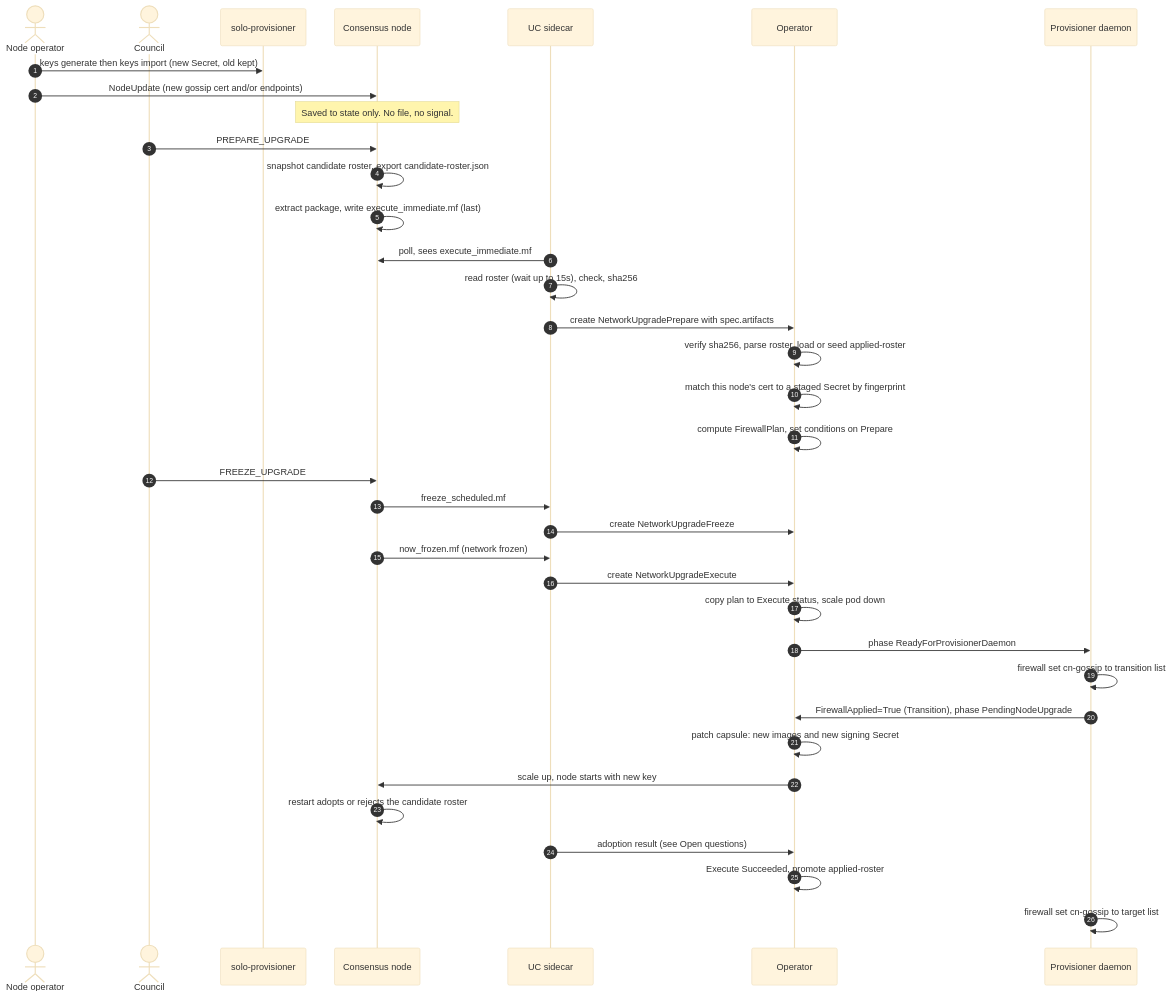
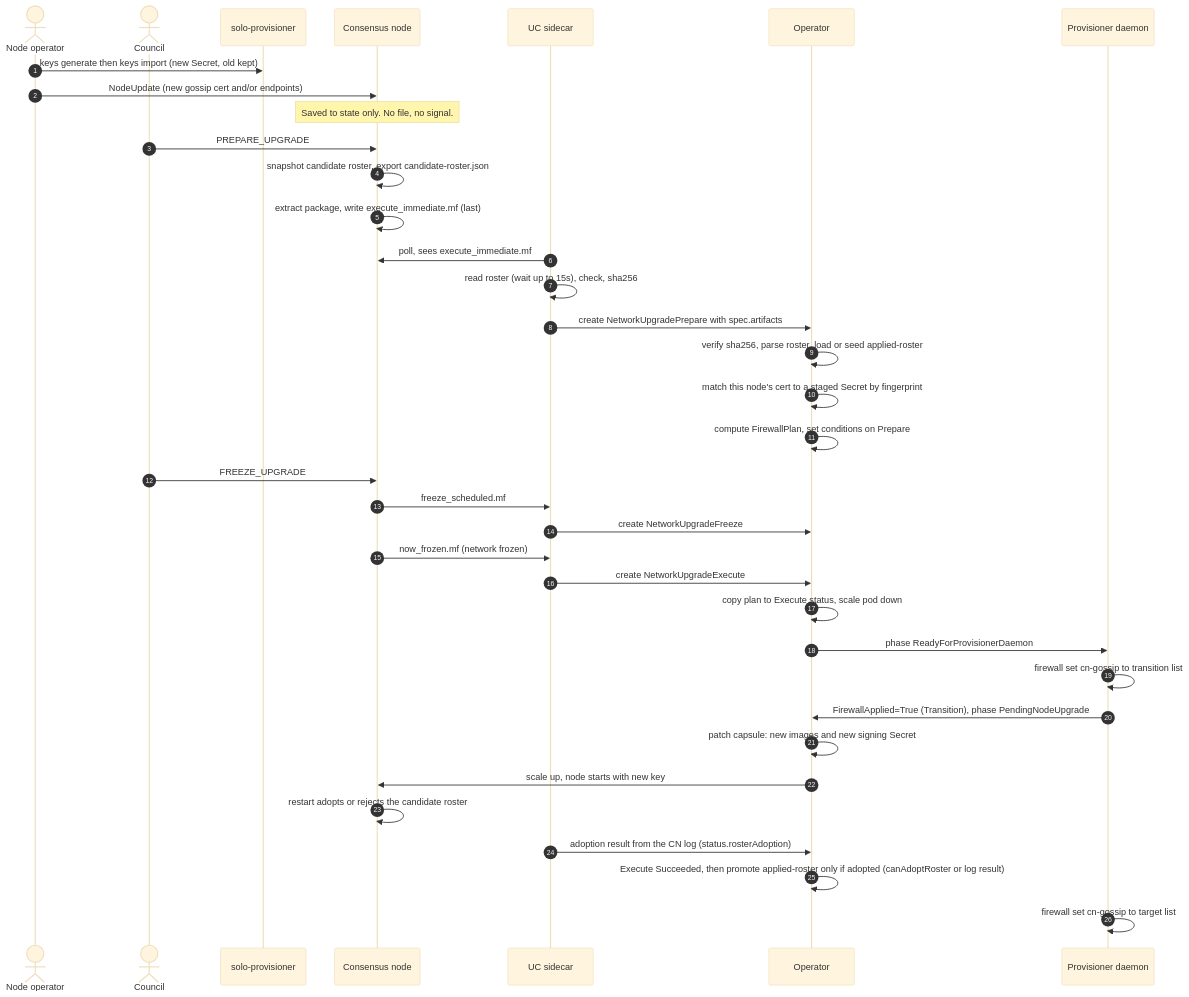
One commit to hashgraph/solo-operator changed the first of 2 diagrams in docs/design/dab-key-rotation-and-firewall.md. Above: the diagram before and after it, drawn with Mermaid (base theme). The commit also changed other lines of this file, not shown here.

````diff
--- a/docs/design/dab-key-rotation-and-firewall.md
+++ b/docs/design/dab-key-rotation-and-firewall.md
@@ -112,44 +122,44 @@
 ```mermaid
 sequenceDiagram
     autonumber
     actor NO as Node operator
     actor CO as Council
     participant SP as solo-provisioner
     participant CN as Consensus node
     participant UC as UC sidecar
     participant OP as Operator
     participant DM as Provisioner daemon
 
     NO->>SP: keys generate then keys import (new Secret, old kept)
     NO->>CN: NodeUpdate (new gossip cert and/or endpoints)
     Note over CN: Saved to state only. No file, no signal.
 
     CO->>CN: PREPARE_UPGRADE
     CN->>CN: snapshot candidate roster, export candidate-roster.json
     CN->>CN: extract package, write execute_immediate.mf (last)
 
     UC->>CN: poll, sees execute_immediate.mf
     UC->>UC: read roster (wait up to 15s), check, sha256
     UC->>OP: create NetworkUpgradePrepare with spec.artifacts
     OP->>OP: verify sha256, parse roster, load or seed applied-roster
     OP->>OP: match this node's cert to a staged Secret by fingerprint
     OP->>OP: compute FirewallPlan, set conditions on Prepare
 
     CO->>CN: FREEZE_UPGRADE
     CN->>UC: freeze_scheduled.mf
     UC->>OP: create NetworkUpgradeFreeze
 
     CN->>UC: now_frozen.mf (network frozen)
     UC->>OP: create NetworkUpgradeExecute
     OP->>OP: copy plan to Execute status, scale pod down
     OP->>DM: phase ReadyForProvisionerDaemon
     DM->>DM: firewall set cn-gossip to transition list
     DM->>OP: FirewallApplied=True (Transition), phase PendingNodeUpgrade
     OP->>OP: patch capsule: new images and new signing Secret
     OP->>CN: scale up, node starts with new key
 
     CN->>CN: restart adopts or rejects the candidate roster
-    UC->>OP: adoption result (see Open questions)
-    OP->>OP: Execute Succeeded, promote applied-roster
+    UC->>OP: adoption result from the CN log (status.rosterAdoption)
+    OP->>OP: Execute Succeeded, then promote applied-roster only if adopted (canAdoptRoster or log result)
     DM->>DM: firewall set cn-gossip to target list
 ```
````
